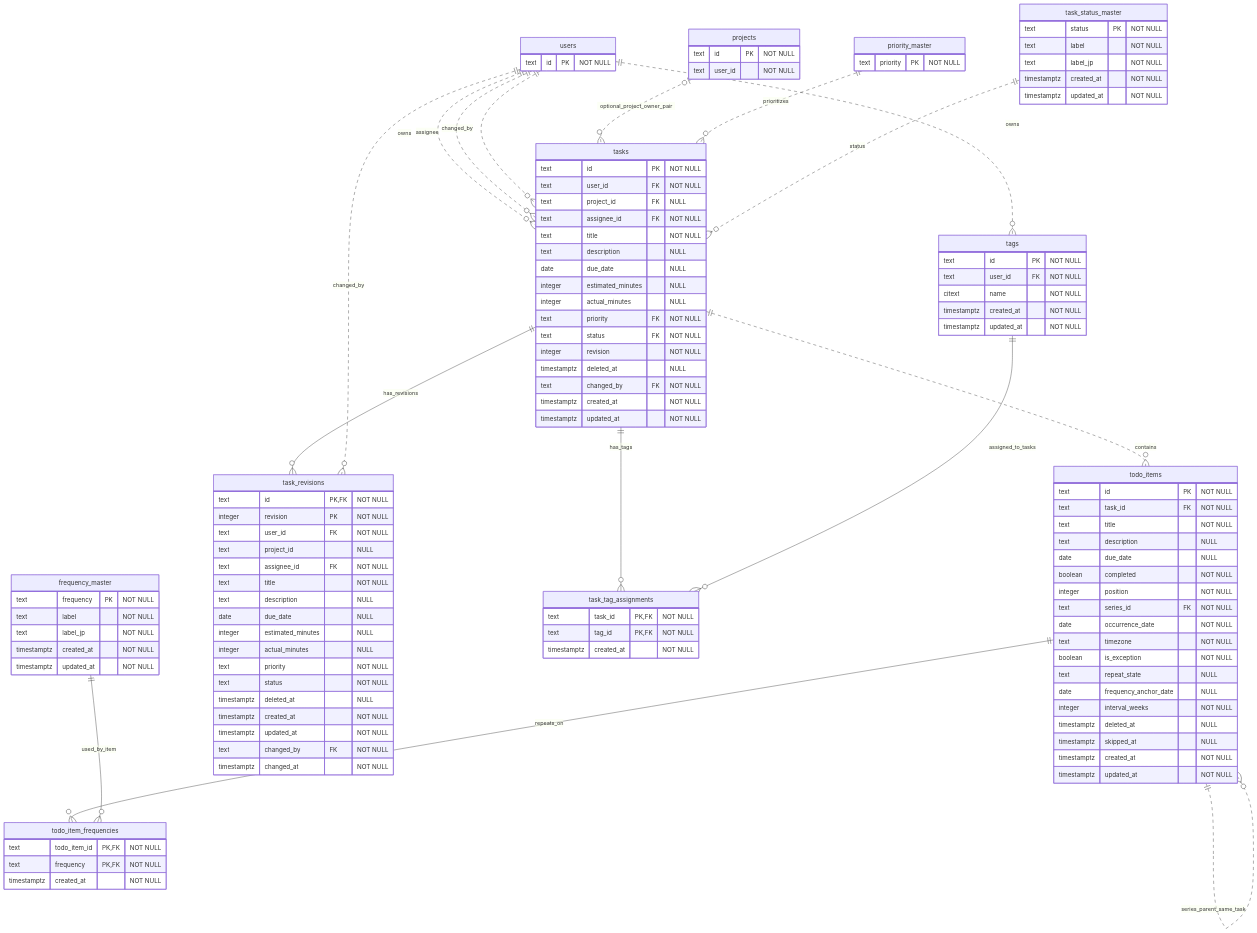
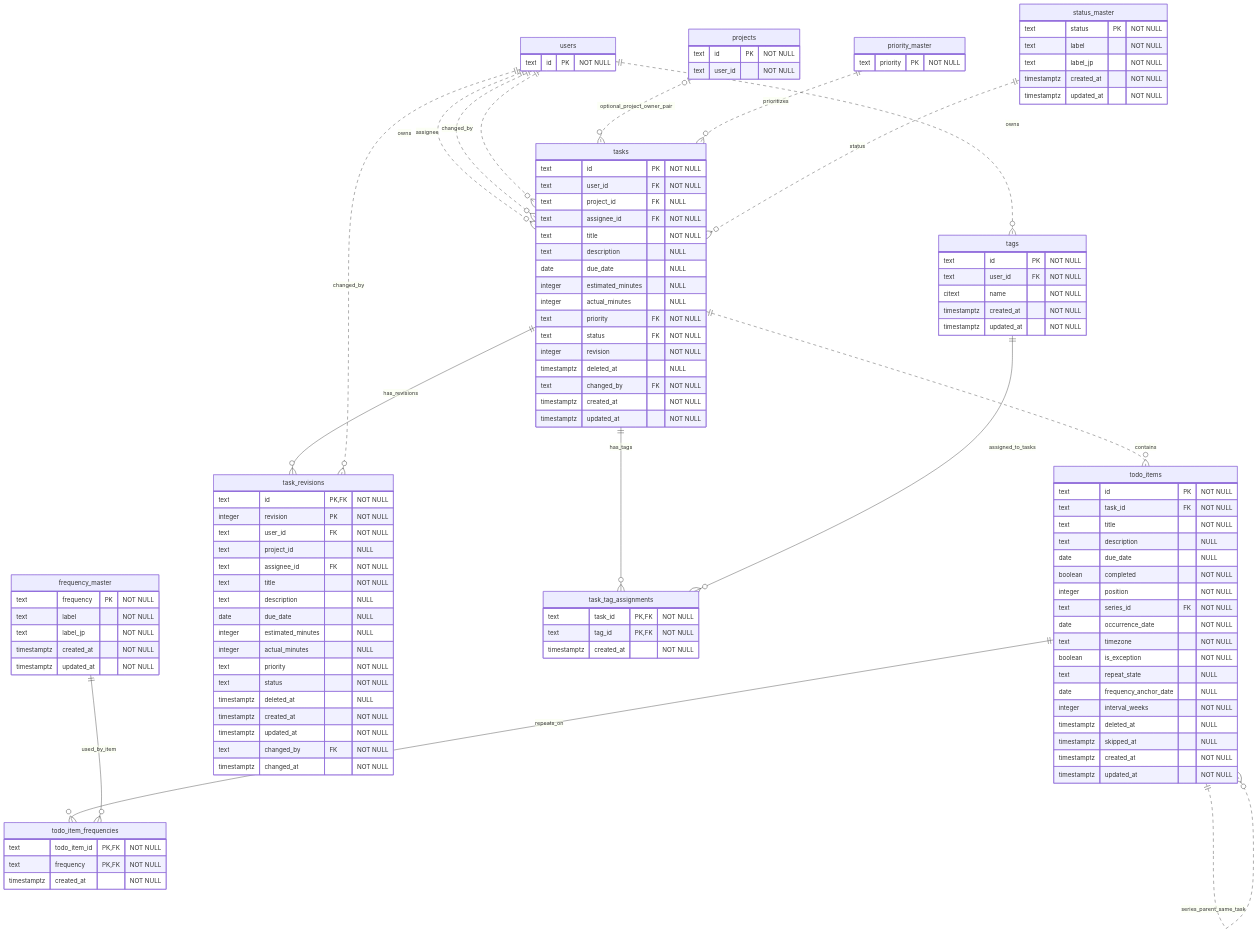
Before and after one commit to Najah7/task2todaytodo: the diagram in backend/db/er/task.mmd, drawn with Mermaid. The commit also changed 152 other files, not shown here.

```diff
--- a/backend/db/er/task.mmd
+++ b/backend/db/er/task.mmd
@@ -1,131 +1,131 @@
 erDiagram
     %% External references: users, projects, priority_master, roles, and project_members.
     %% Composite FK: tasks(project_id, user_id) -> projects(id, user_id).
     %% Composite self-FK: todo_items(series_id, task_id) -> todo_items(id, task_id).
     %% Composite unique keys: tags(user_id, name), todo_items(id, task_id).
     %% Partial unique index: todo_items(series_id, occurrence_date), only when id <> series_id.
 
     users {
         text id PK "NOT NULL"
     }
 
     projects {
         text id PK "NOT NULL"
         text user_id "NOT NULL"
     }
 
     priority_master {
         text priority PK "NOT NULL"
     }
 
-    task_status_master {
+    status_master {
         text status PK "NOT NULL"
         text label "NOT NULL"
         text label_jp "NOT NULL"
         timestamptz created_at "NOT NULL"
         timestamptz updated_at "NOT NULL"
     }
 
     frequency_master {
         text frequency PK "NOT NULL"
         text label "NOT NULL"
         text label_jp "NOT NULL"
         timestamptz created_at "NOT NULL"
         timestamptz updated_at "NOT NULL"
     }
 
     tasks {
         text id PK "NOT NULL"
         text user_id FK "NOT NULL"
         text project_id FK "NULL"
         text assignee_id FK "NOT NULL"
         text title "NOT NULL"
         text description "NULL"
         date due_date "NULL"
         integer estimated_minutes "NULL"
         integer actual_minutes "NULL"
         text priority FK "NOT NULL"
         text status FK "NOT NULL"
         integer revision "NOT NULL"
         timestamptz deleted_at "NULL"
         text changed_by FK "NOT NULL"
         timestamptz created_at "NOT NULL"
         timestamptz updated_at "NOT NULL"
     }
 
     task_revisions {
         text id PK, FK "NOT NULL"
         integer revision PK "NOT NULL"
         text user_id FK "NOT NULL"
         text project_id "NULL"
         text assignee_id FK "NOT NULL"
         text title "NOT NULL"
         text description "NULL"
         date due_date "NULL"
         integer estimated_minutes "NULL"
         integer actual_minutes "NULL"
         text priority "NOT NULL"
         text status "NOT NULL"
         timestamptz deleted_at "NULL"
         timestamptz created_at "NOT NULL"
         timestamptz updated_at "NOT NULL"
         text changed_by FK "NOT NULL"
         timestamptz changed_at "NOT NULL"
     }
 
     tags {
         text id PK "NOT NULL"
         text user_id FK "NOT NULL"
         citext name "NOT NULL"
         timestamptz created_at "NOT NULL"
         timestamptz updated_at "NOT NULL"
     }
 
     task_tag_assignments {
         text task_id PK, FK "NOT NULL"
         text tag_id PK, FK "NOT NULL"
         timestamptz created_at "NOT NULL"
     }
 
     todo_items {
         text id PK "NOT NULL"
         text task_id FK "NOT NULL"
         text title "NOT NULL"
         text description "NULL"
         date due_date "NULL"
         boolean completed "NOT NULL"
         integer position "NOT NULL"
         text series_id FK "NOT NULL"
         date occurrence_date "NOT NULL"
         text timezone "NOT NULL"
         boolean is_exception "NOT NULL"
         text repeat_state "NULL"
         date frequency_anchor_date "NULL"
         integer interval_weeks "NOT NULL"
         timestamptz deleted_at "NULL"
         timestamptz skipped_at "NULL"
         timestamptz created_at "NOT NULL"
         timestamptz updated_at "NOT NULL"
     }
 
     todo_item_frequencies {
         text todo_item_id PK, FK "NOT NULL"
         text frequency PK, FK "NOT NULL"
         timestamptz created_at "NOT NULL"
     }
 
     users ||..o{ tasks : owns
     users ||..o{ tasks : assignee
     users ||..o{ tasks : changed_by
     projects |o..o{ tasks : optional_project_owner_pair
     priority_master ||..o{ tasks : prioritizes
-    task_status_master ||..o{ tasks : status
+    status_master ||..o{ tasks : status
     tasks ||--o{ task_revisions : has_revisions
     users ||..o{ task_revisions : changed_by
     users ||..o{ tags : owns
     tasks ||--o{ task_tag_assignments : has_tags
     tags ||--o{ task_tag_assignments : assigned_to_tasks
     tasks ||..o{ todo_items : contains
     todo_items ||..o{ todo_items : series_parent_same_task
     todo_items ||--o{ todo_item_frequencies : repeats_on
     frequency_master ||--o{ todo_item_frequencies : used_by_item
```
